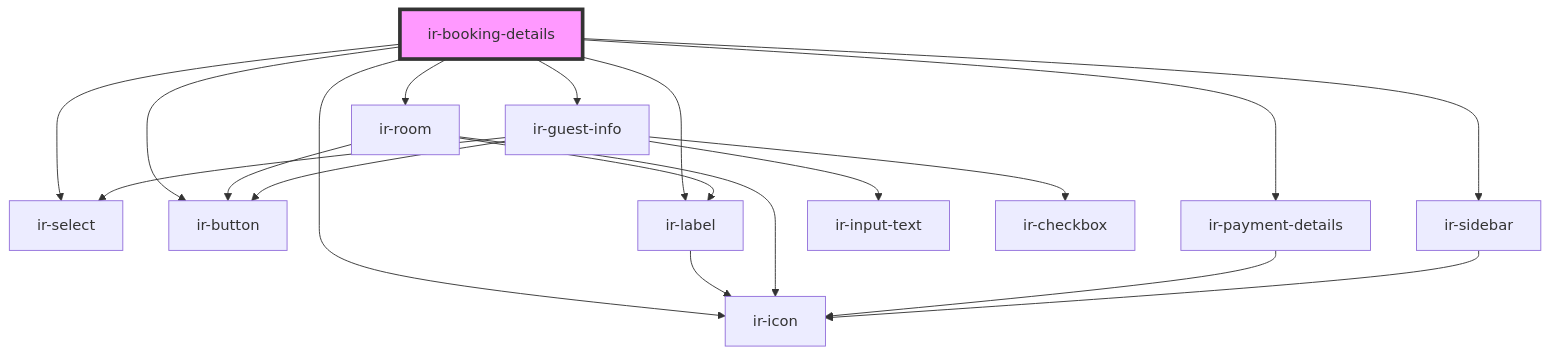
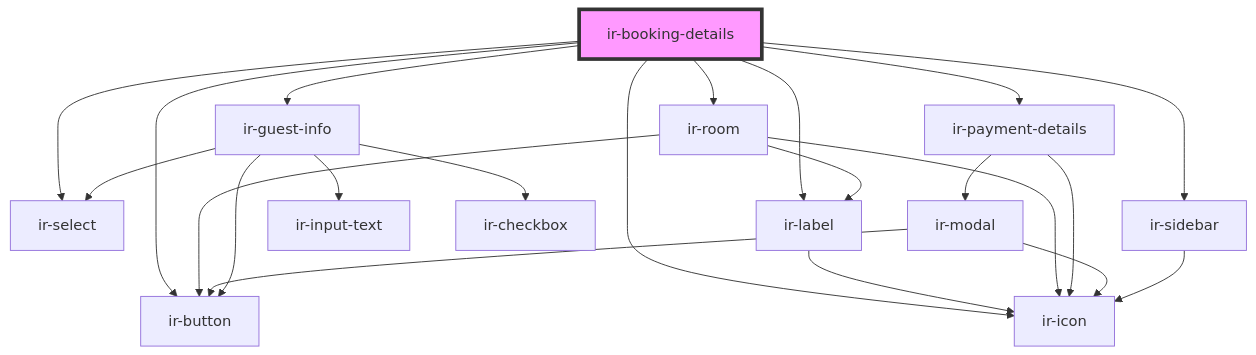
The diagram in src/components/ir-booking-details/readme.md (freddynasr/ir-webcmp), drawn with Mermaid before and after one commit. The commit also changed 3 other files, not shown here.

````diff
--- a/src/components/ir-booking-details/readme.md
+++ b/src/components/ir-booking-details/readme.md
@@ -39,22 +39,25 @@
 ```mermaid
 graph TD;
   ir-booking-details --> ir-select
   ir-booking-details --> ir-button
   ir-booking-details --> ir-icon
   ir-booking-details --> ir-label
   ir-booking-details --> ir-room
   ir-booking-details --> ir-payment-details
   ir-booking-details --> ir-sidebar
   ir-booking-details --> ir-guest-info
   ir-label --> ir-icon
   ir-room --> ir-icon
   ir-room --> ir-button
   ir-room --> ir-label
   ir-payment-details --> ir-icon
+  ir-payment-details --> ir-modal
+  ir-modal --> ir-icon
+  ir-modal --> ir-button
   ir-sidebar --> ir-icon
   ir-guest-info --> ir-select
   ir-guest-info --> ir-input-text
   ir-guest-info --> ir-checkbox
   ir-guest-info --> ir-button
   style ir-booking-details fill:#f9f,stroke:#333,stroke-width:4px
 ```
````
